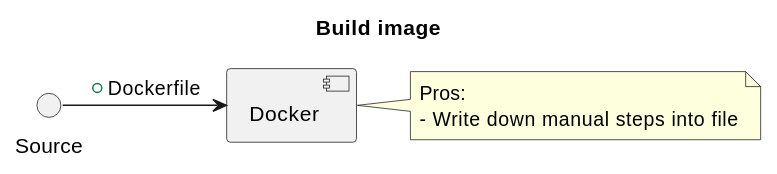
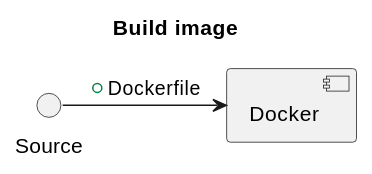
The third of 5 diagrams in README.md (midujs/demo-deploy-app), drawn with PlantUML before and after one commit. The commit also changed other lines of this file, not shown here.

Commit message:
Note outside uml

````diff
--- a/README.md
+++ b/README.md
@@ -32,12 +29,7 @@
 ```plantuml
 @startuml
 title Build image
 
 Source -> [Docker]: +Dockerfile
-
-note right
-  Pros:
-  - Write down manual steps into file
-end note
 @enduml
 ```
````
